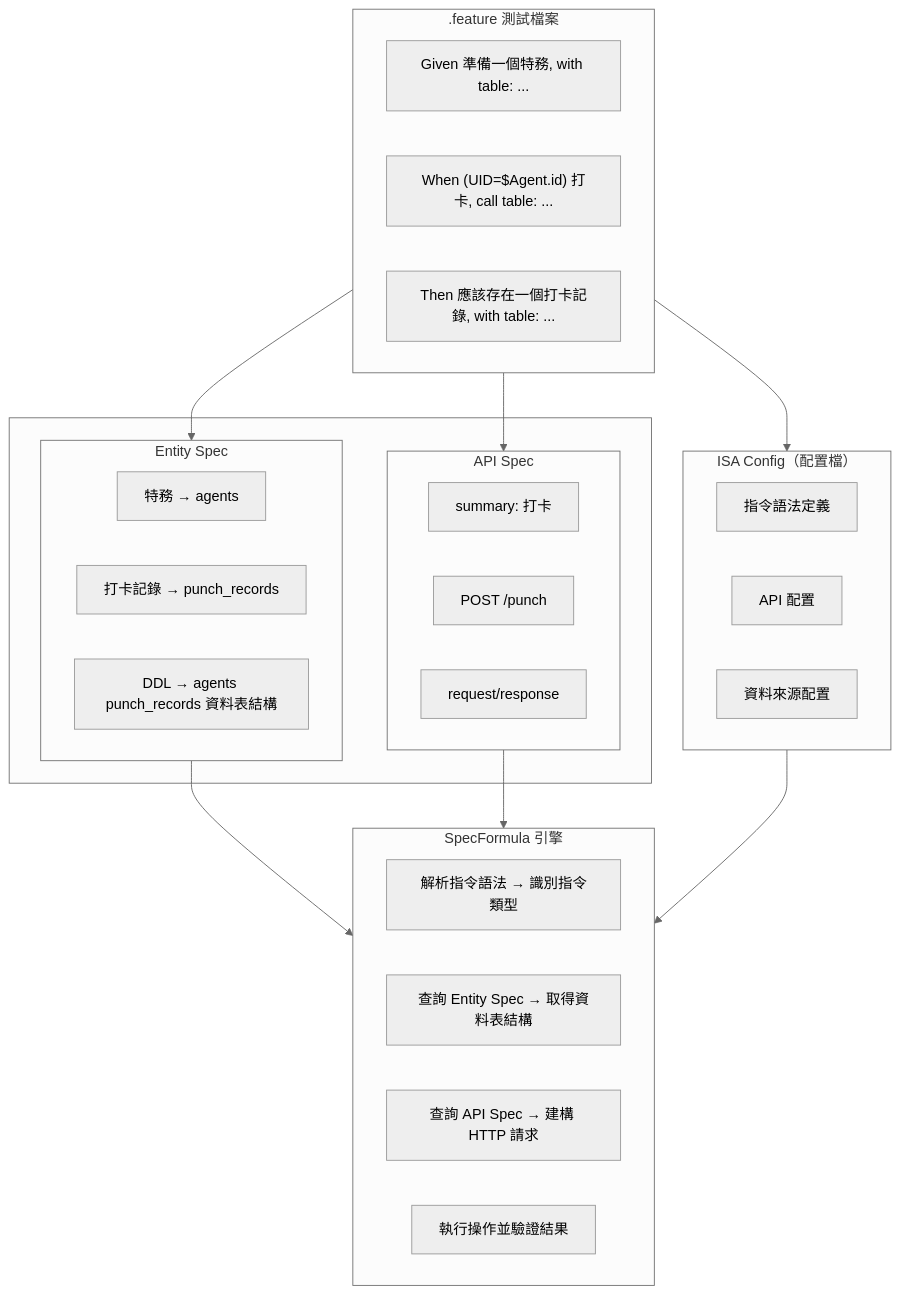
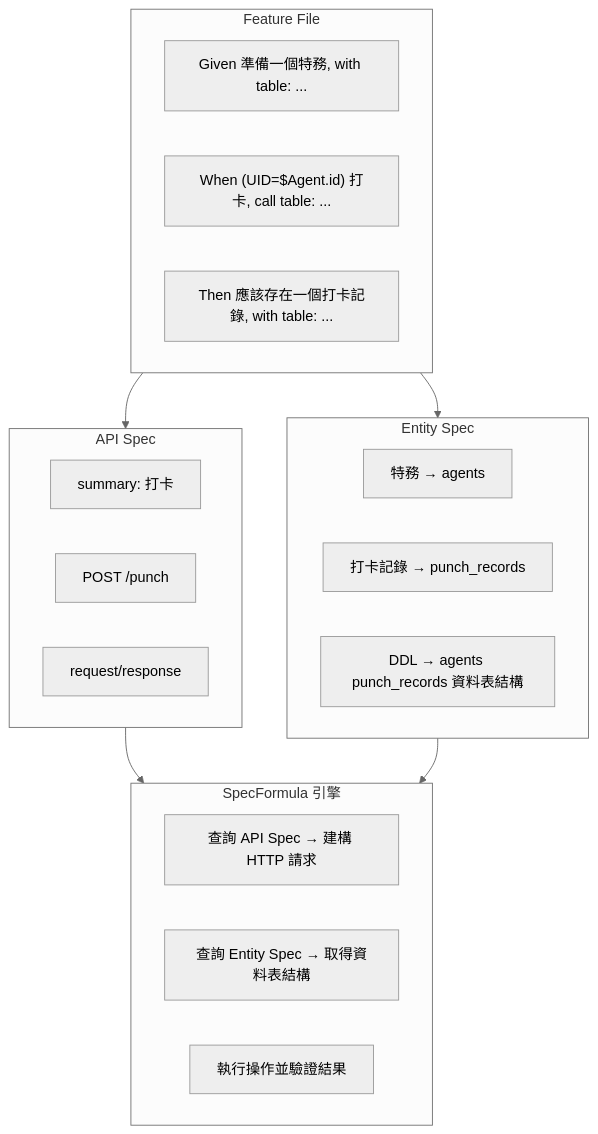
One commit to SpecFormula/specformula-docs changed the diagram in content/docs/gherkin/isa/backend/three-specs.mdx. Above: the diagram before and after it, drawn with Mermaid (neutral theme). The commit also changed other lines of this file and 1 other file, not shown here.

Commit message:
docs: proofread three-specs overview documentation
- Fix @notnull to &isNotNull (CAS-System syntax)
- Simplify mermaid flowchart: remove ISA Config, use parallel layout
- Rename .feature references to Feature File for consistency
- Clarify resource_path vs project_path with inline comments
- Add entity_to_table_mapping to Lint check description

````diff
--- a/content/docs/gherkin/isa/backend/three-specs.mdx
+++ b/content/docs/gherkin/isa/backend/three-specs.mdx
@@ -16,41 +16,31 @@
 ```mermaid
 flowchart TB
-    subgraph Feature[".feature 測試檔案"]
+    subgraph Feature["Feature File"]
         F1["Given 準備一個特務, with table: ..."]
         F2["When (UID=$Agent.id) 打卡, call table: ..."]
         F3["Then 應該存在一個打卡記錄, with table: ..."]
     end
 
-    subgraph Specs[" "]
-        subgraph API["API Spec"]
-            API1["summary: 打卡"]
-            API2["POST /punch"]
-            API3["request/response"]
-        end
-        subgraph EM["Entity Spec"]
-            EM1["特務 → agents"]
-            EM2["打卡記錄 → punch_records"]
-            DDL["DDL → agents punch_records 資料表結構"]
-        end
+    subgraph API["API Spec"]
+        API1["summary: 打卡"]
+        API2["POST /punch"]
+        API3["request/response"]
     end
 
-    subgraph ISA["ISA Config（配置檔）"]
-        ISA1["指令語法定義"]
-        ISA2["API 配置"]
-        ISA3["資料來源配置"]
+    subgraph EM["Entity Spec"]
+        EM1["特務 → agents"]
+        EM2["打卡記錄 → punch_records"]
+        DDL["DDL → agents punch_records 資料表結構"]
     end
 
     subgraph Engine["SpecFormula 引擎"]
-        E1["解析指令語法 → 識別指令類型"]
+        E1["查詢 API Spec → 建構 HTTP 請求"]
         E2["查詢 Entity Spec → 取得資料表結構"]
-        E3["查詢 API Spec → 建構 HTTP 請求"]
-        E4["執行操作並驗證結果"]
+        E3["執行操作並驗證結果"]
     end
 
+    Feature --> API
     Feature --> EM
-    Feature --> API
-    Feature --> ISA
+    API --> Engine
     EM --> Engine
-    API --> Engine
-    ISA --> Engine
 ```
````
